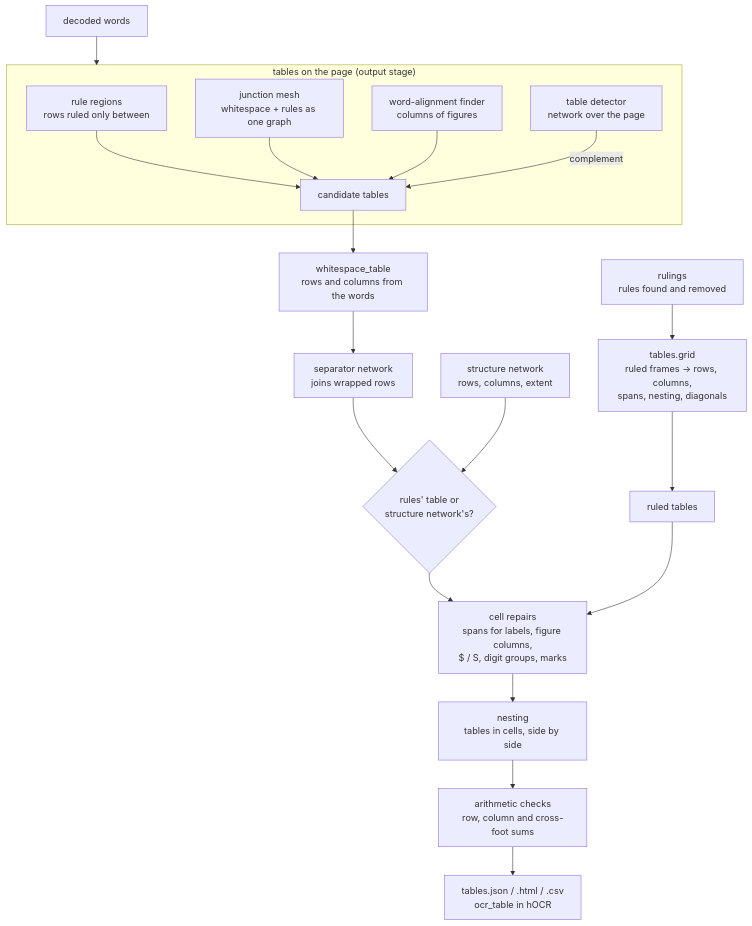
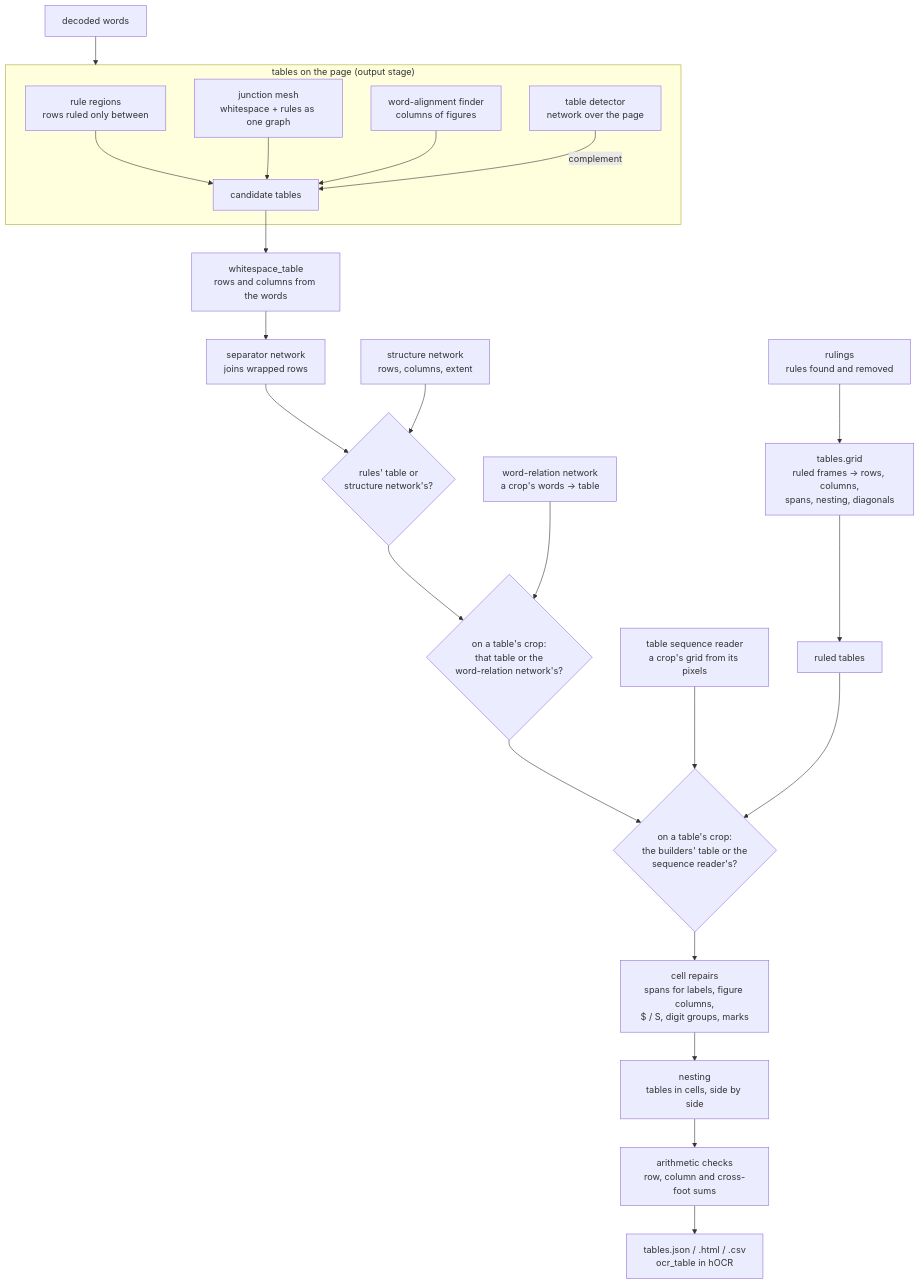
One commit to msharpe248/mlws-ocr changed the ninth of 13 diagrams in docs/ARCHITECTURE.md. Above: the diagram before and after it, drawn with Mermaid. The commit also changed other lines of this file and 25 other files, not shown here.

````diff
--- a/docs/ARCHITECTURE.md
+++ b/docs/ARCHITECTURE.md
@@ -401,25 +419,29 @@
 ```mermaid
 flowchart TB
     rulings[rulings<br/>rules found and removed] --> grid[tables.grid<br/>ruled frames → rows, columns,<br/>spans, nesting, diagonals]
     grid --> ruledT[ruled tables]
     words[decoded words] --> finders
     subgraph finders["tables on the page (output stage)"]
         regions[rule regions<br/>rows ruled only between]
         mesh[junction mesh<br/>whitespace + rules as one graph]
         wsf[word-alignment finder<br/>columns of figures]
         det[table detector<br/>network over the page]
         regions --> cand[candidate tables]
         mesh --> cand
         wsf --> cand
         det -->|complement| cand
     end
     cand --> build[whitespace_table<br/>rows and columns from the words]
     build --> sepref[separator network<br/>joins wrapped rows]
     sepref --> choose{rules' table or<br/>structure network's?}
     split[structure network<br/>rows, columns, extent] --> choose
-    choose --> fix[cell repairs<br/>spans for labels, figure columns,<br/>$ / S, digit groups, marks]
-    ruledT --> fix
+    choose --> wchoose{on a table's crop:<br/>that table or the<br/>word-relation network's?}
+    wrel[word-relation network<br/>a crop's words → table] --> wchoose
+    wchoose --> schoose{on a table's crop:<br/>the builders' table or the<br/>sequence reader's?}
+    tseq[table sequence reader<br/>a crop's grid from its pixels] --> schoose
+    ruledT --> schoose
+    schoose --> fix[cell repairs<br/>spans for labels, figure columns,<br/>$ / S, digit groups, marks]
     fix --> nest[nesting<br/>tables in cells, side by side]
     nest --> check[arithmetic checks<br/>row, column and cross-foot sums]
     check --> outT[tables.json / .html / .csv<br/>ocr_table in hOCR]
 ```
````
